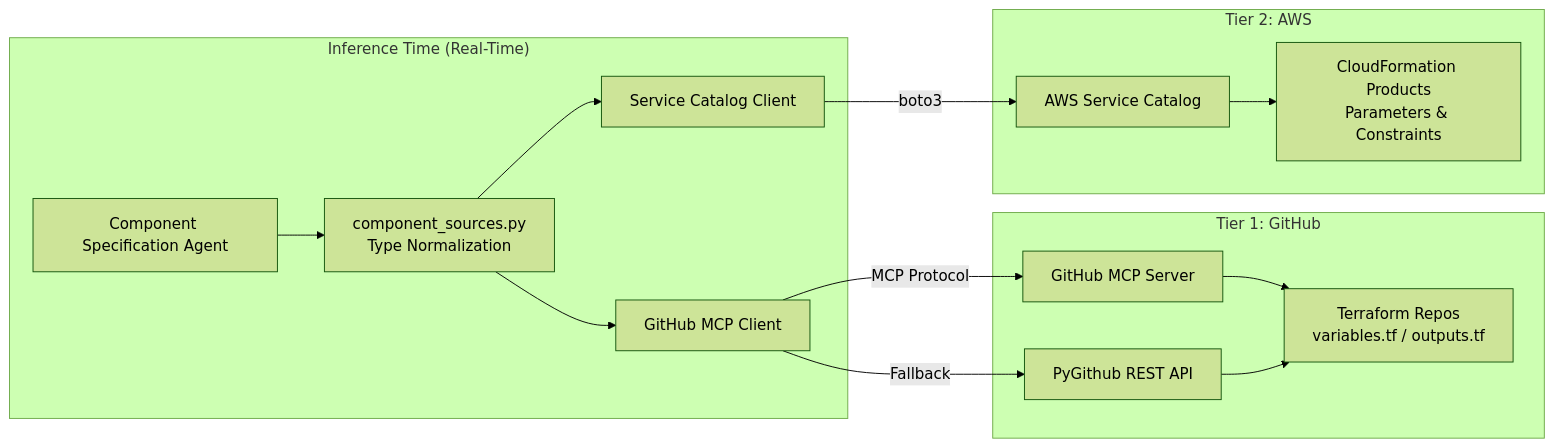
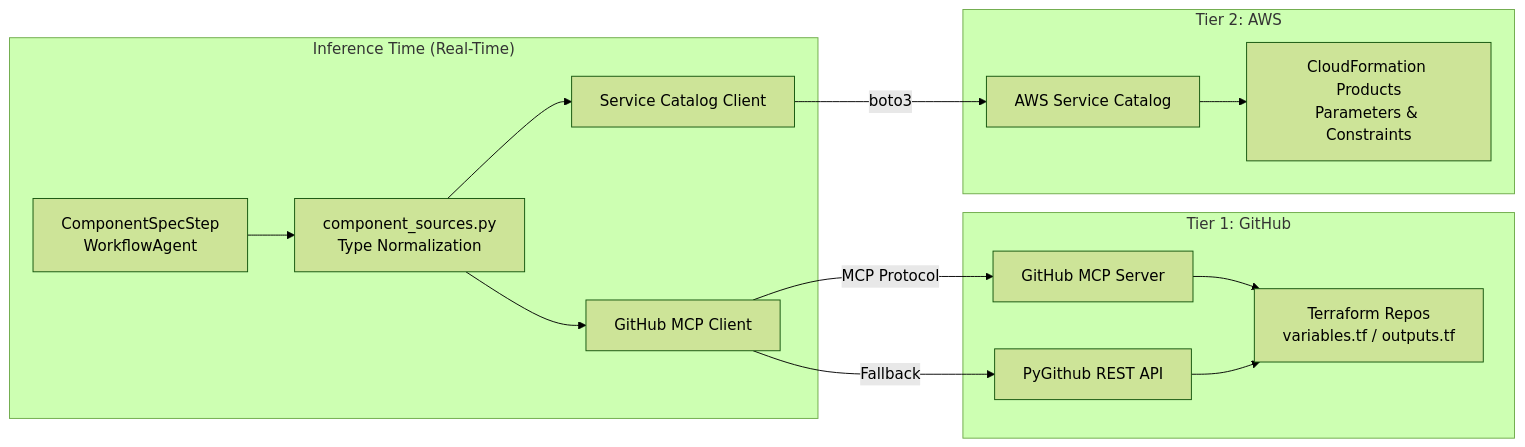
Before and after one commit to rnerurkar/engen: the third of 10 diagrams in DESIGN_DOCUMENT.md, drawn with Mermaid (forest theme). The commit also changed other lines of this file and 1 other file, not shown here.

First line of the commit message:
docs: update walkthrough and design document to reflect ADK-only architecture

````diff
--- a/DESIGN_DOCUMENT.md
+++ b/DESIGN_DOCUMENT.md
@@ -289,23 +238,23 @@
 ```mermaid
 graph LR
     subgraph "Inference Time (Real-Time)"
-        Agent[Component Specification Agent]
+        Agent[ComponentSpecStep<br/>WorkflowAgent]
         Sources[component_sources.py<br/>Type Normalization]
         
         Agent --> Sources
         Sources --> GitMCP[GitHub MCP Client]
         Sources --> AWSSC[Service Catalog Client]
     end
     
     subgraph "Tier 1: GitHub"
         GitMCP -->|MCP Protocol| MCPServer[GitHub MCP Server]
         GitMCP -->|Fallback| PyGithub[PyGithub REST API]
         MCPServer --> Repos[Terraform Repos<br/>variables.tf / outputs.tf]
         PyGithub --> Repos
     end
     
     subgraph "Tier 2: AWS"
         AWSSC -->|boto3| SC[AWS Service Catalog]
         SC --> Products[CloudFormation Products<br/>Parameters & Constraints]
     end
 ```
````
